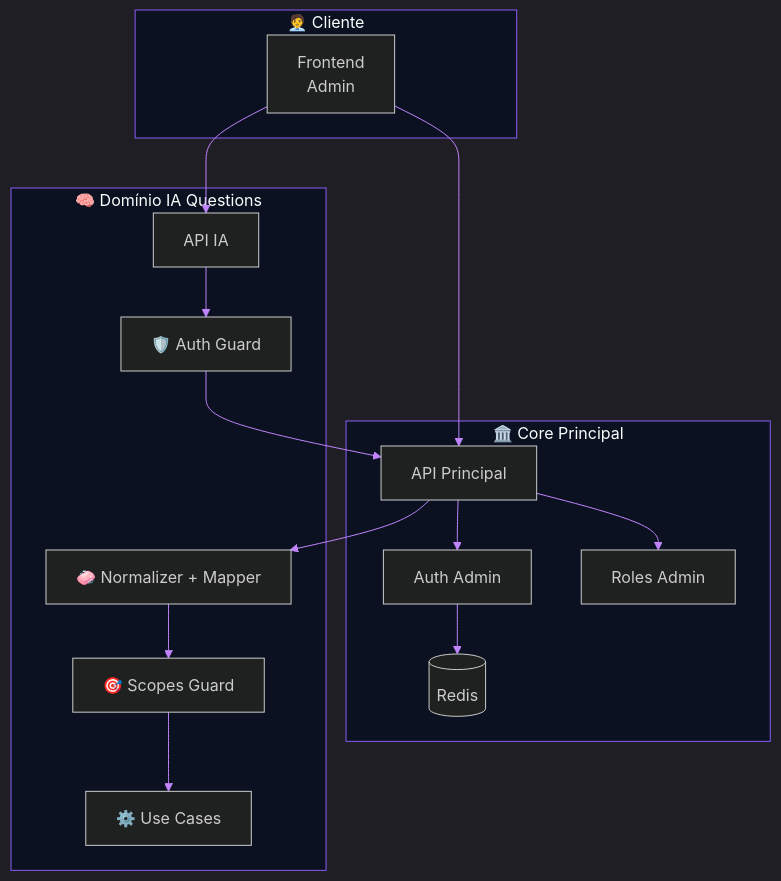
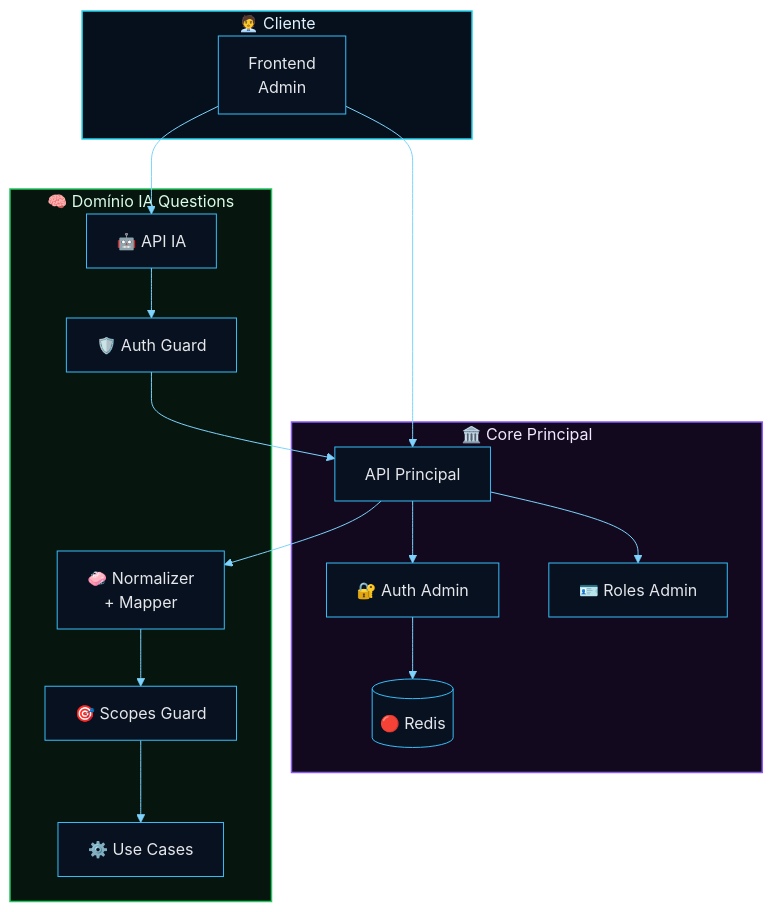
One commit to matheusdiamantino-betalent/IA changed the second of 10 diagrams in RFC-0001-Auth.md. Above: the diagram before and after it, drawn with Mermaid. The commit also changed other lines of this file, not shown here.

````diff
--- a/RFC-0001-Auth.md
+++ b/RFC-0001-Auth.md
@@ -343,45 +327,48 @@
 ```mermaid
-%%{init: {'theme':'dark','themeVariables': {
+%%{init: {'theme':'base','themeVariables': {
   'background':'#020617',
-  'primaryColor':'#0f172a',
-  'primaryTextColor':'#e2e8f0',
-  'primaryBorderColor':'#a78bfa',
-  'lineColor':'#c084fc',
-  'secondaryColor':'#111827',
-  'tertiaryColor':'#1e293b',
-  'clusterBkg':'#0b1120',
-  'clusterBorder':'#8b5cf6',
-  'fontFamily':'Inter, Segoe UI, Arial',
-  'fontSize':'16px'
+  'primaryColor':'#081120',
+  'primaryTextColor':'#e5e7eb',
+  'primaryBorderColor':'#38bdf8',
+  'lineColor':'#7dd3fc',
+  'secondaryColor':'#0b1220',
+  'tertiaryColor':'#0f172a',
+  'clusterBkg':'#040816',
+  'clusterBorder':'#22d3ee',
+  'fontFamily':'Inter, Segoe UI, Arial'
 }}}%%
 flowchart TB
     subgraph CLIENTE["🧑‍💼 Cliente"]
         FE["Frontend<br/>Admin"]
     end
 
     subgraph CORE["🏛️ Core Principal"]
         AP["API Principal"]
-        AUTH["Auth Admin"]
-        ROLE["Roles Admin"]
-        REDIS[("Redis")]
+        AUTH["🔐 Auth Admin"]
+        ROLE["🪪 Roles Admin"]
+        REDIS[("🔴 Redis")]
     end
 
-    subgraph AI_DOMAIN["🧠 Domínio IA Questions"]
-        IAA["API IA"]
+    subgraph IA_DOMAIN["🧠 Domínio IA Questions"]
+        IAA["🤖 API IA"]
         GUARD["🛡️ Auth Guard"]
-        MAP["🧼 Normalizer + Mapper"]
+        MAP["🧼 Normalizer<br/>+ Mapper"]
         SCOPE["🎯 Scopes Guard"]
         USECASE["⚙️ Use Cases"]
     end
 
     FE --> AP
     FE --> IAA
     AP --> AUTH
     AUTH --> REDIS
     AP --> ROLE
     IAA --> GUARD
     GUARD --> AP
     AP --> MAP
     MAP --> SCOPE
     SCOPE --> USECASE
+
+    style CLIENTE fill:#06101d,stroke:#22d3ee,stroke-width:1.5px,color:#e0f2fe
+    style CORE fill:#12091f,stroke:#8b5cf6,stroke-width:1.5px,color:#f3e8ff
+    style IA_DOMAIN fill:#06160f,stroke:#22c55e,stroke-width:1.5px,color:#dcfce7
 ```
````
